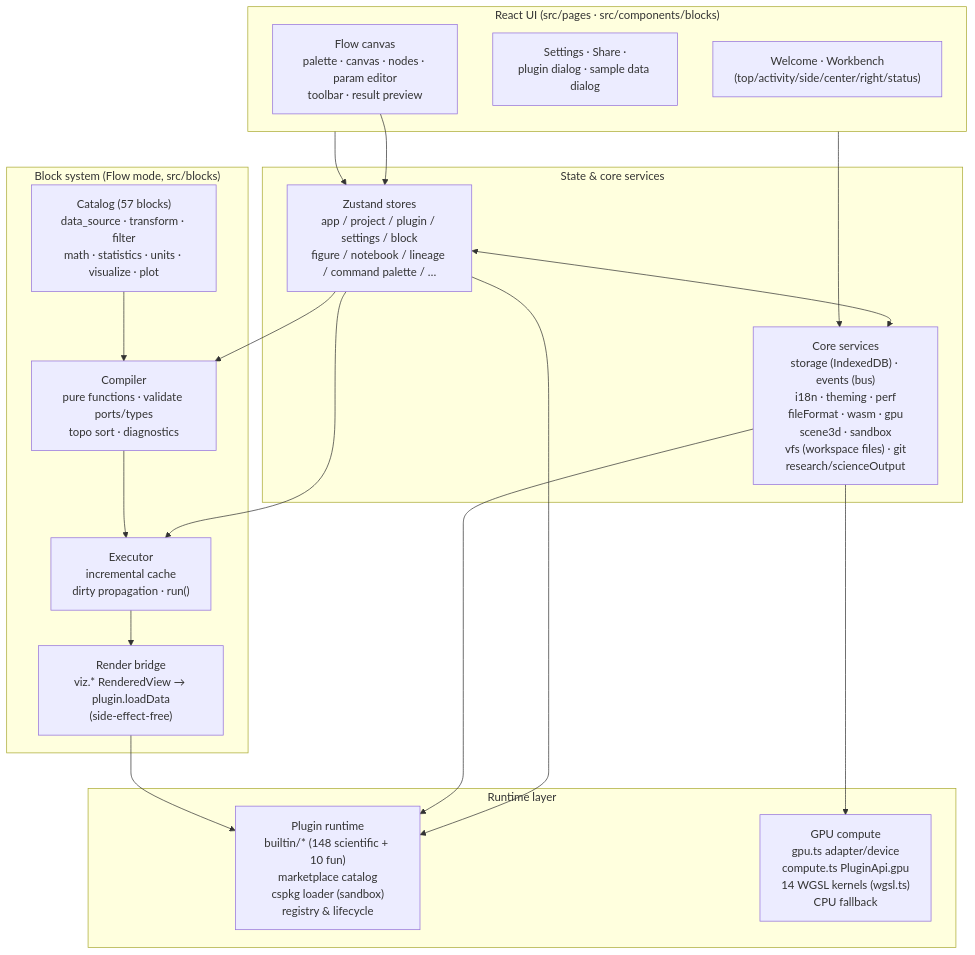
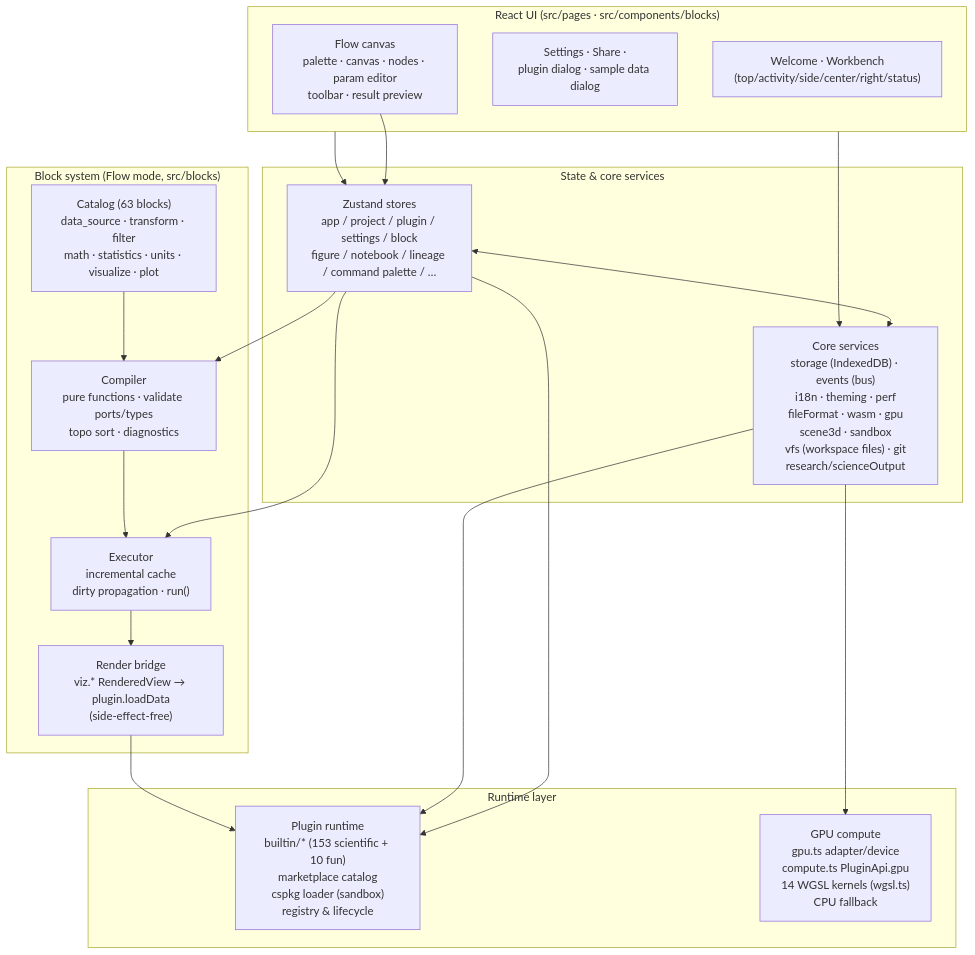
Before and after one commit to SnowLeopard-io/ErgalicsStudio: the diagram in README.md, drawn with Mermaid. The commit also changed other lines of this file and 12 other files, not shown here.

````diff
--- a/README.md
+++ b/README.md
@@ -193,39 +193,39 @@
 ```mermaid
 flowchart TB
     subgraph UI["React UI (src/pages · src/components/blocks)"]
         A1["Welcome · Workbench<br/>(top/activity/side/center/right/status)"]
         A2["Settings · Share ·<br/>plugin dialog · sample data dialog"]
         A3["Flow canvas<br/>palette · canvas · nodes · param editor<br/>toolbar · result preview"]
     end
 
     subgraph State["State & core services"]
         B1["Zustand stores<br/>app / project / plugin / settings / block<br/>figure / notebook / lineage / command palette / …"]
         B2["Core services<br/>storage (IndexedDB) · events (bus)<br/>i18n · theming · perf<br/>fileFormat · wasm · gpu<br/>scene3d · sandbox<br/>vfs (workspace files) · git<br/>research/scienceOutput"]
     end
 
     subgraph Blocks["Block system (Flow mode, src/blocks)"]
-        D1["Catalog (57 blocks)<br/>data_source · transform · filter<br/>math · statistics · units · visualize · plot"]
+        D1["Catalog (63 blocks)<br/>data_source · transform · filter<br/>math · statistics · units · visualize · plot"]
         D2["Compiler<br/>pure functions · validate ports/types<br/>topo sort · diagnostics"]
         D3["Executor<br/>incremental cache<br/>dirty propagation · run()"]
         D4["Render bridge<br/>viz.* RenderedView → plugin.loadData<br/>(side-effect-free)"]
     end
 
     subgraph Runtime["Runtime layer"]
-        C1["Plugin runtime<br/>builtin/* (148 scientific + 10 fun)<br/>marketplace catalog<br/>cspkg loader (sandbox)<br/>registry & lifecycle"]
+        C1["Plugin runtime<br/>builtin/* (153 scientific + 10 fun)<br/>marketplace catalog<br/>cspkg loader (sandbox)<br/>registry & lifecycle"]
         C2["GPU compute<br/>gpu.ts adapter/device<br/>compute.ts PluginApi.gpu<br/>14 WGSL kernels (wgsl.ts)<br/>CPU fallback"]
     end
 
     UI --> B1
     UI --> B2
     B1 <--> B2
     B1 --> C1
     B2 --> C1
     B2 --> C2
     A3 --> B1
     B1 --> D2
     B1 --> D3
     D2 --> D3
     D1 --> D2
     D3 --> D4
     D4 --> C1
 ```
````
